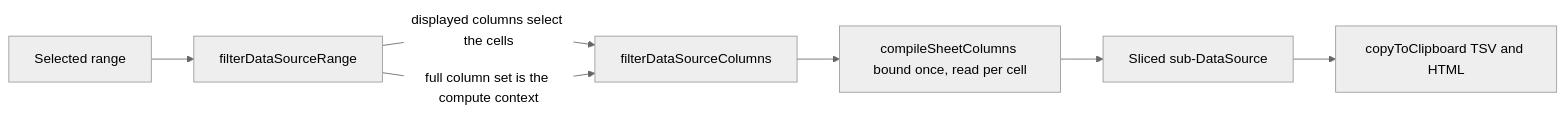
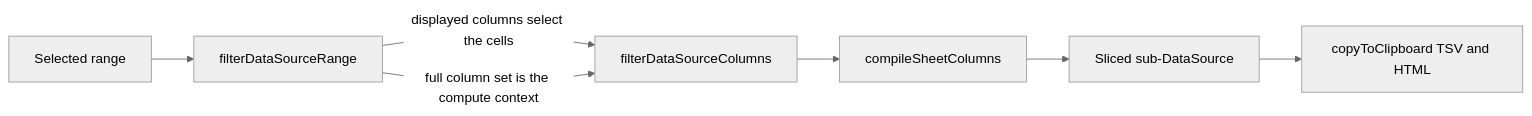
Before and after one commit to Esposter/Esposter: the diagram in openspec/specs/resource/sheet/copy-computed-values/design.md, drawn with Mermaid (neutral theme). The commit also changed 66 other files, not shown here.

````diff
--- a/openspec/specs/resource/sheet/copy-computed-values/design.md
+++ b/openspec/specs/resource/sheet/copy-computed-values/design.md
@@ -15,9 +15,9 @@
 ```mermaid
 flowchart LR
   R[Selected range] --> D[filterDataSourceRange]
   D -- "displayed columns select the cells" --> F[filterDataSourceColumns]
   D -- "full column set is the compute context" --> F
-  F --> C[compileSheetColumns bound once, read per cell]
+  F --> C[compileSheetColumns]
   C --> S[Sliced sub-DataSource]
   S --> CB[copyToClipboard TSV and HTML]
 ```
````
